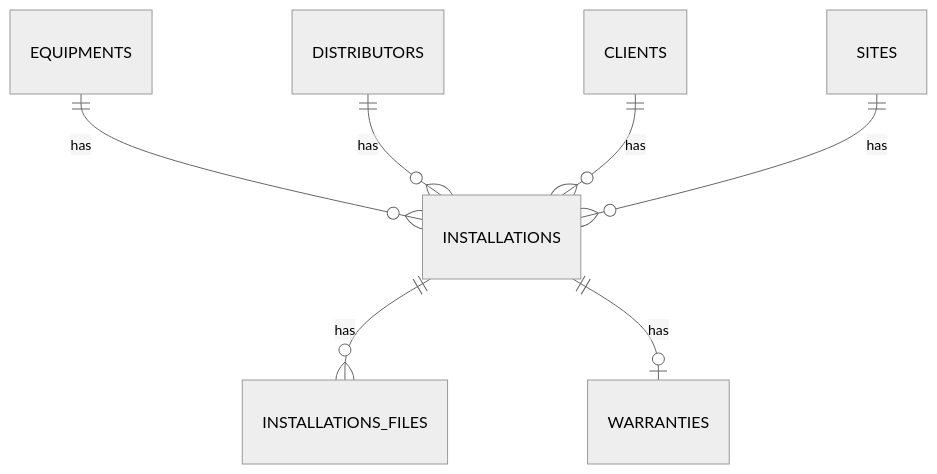
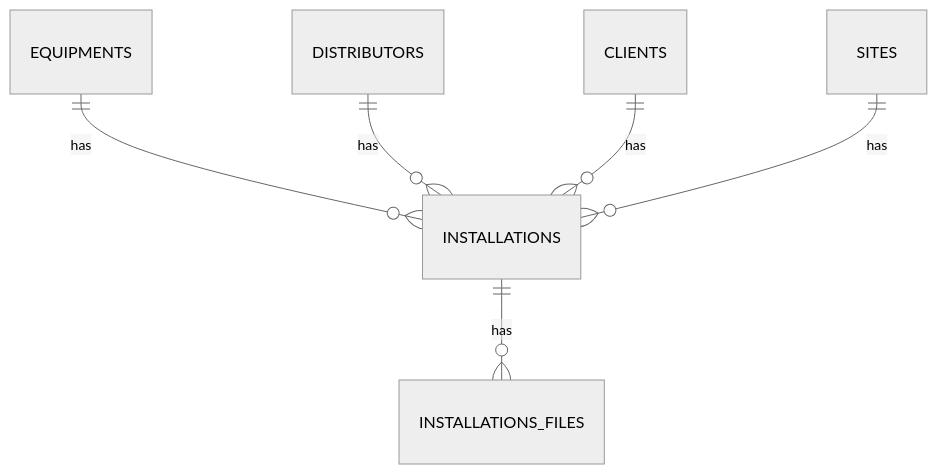
Before and after one commit to Juandiego001/lab-dental: the fifth of 39 diagrams in docs/db/db.md, drawn with Mermaid (neutral theme). The commit also changed other lines of this file and 47 other files, not shown here.

````diff
--- a/docs/db/db.md
+++ b/docs/db/db.md
@@ -122,9 +122,8 @@
 ```mermaid
 erDiagram
     EQUIPMENTS ||--o{ INSTALLATIONS : has
     INSTALLATIONS ||--o{ INSTALLATIONS_FILES : has
     DISTRIBUTORS ||--o{ INSTALLATIONS : has
     CLIENTS ||--o{ INSTALLATIONS : has
     SITES ||--o{ INSTALLATIONS : has
-    INSTALLATIONS ||--o| WARRANTIES : has
 ```
````
